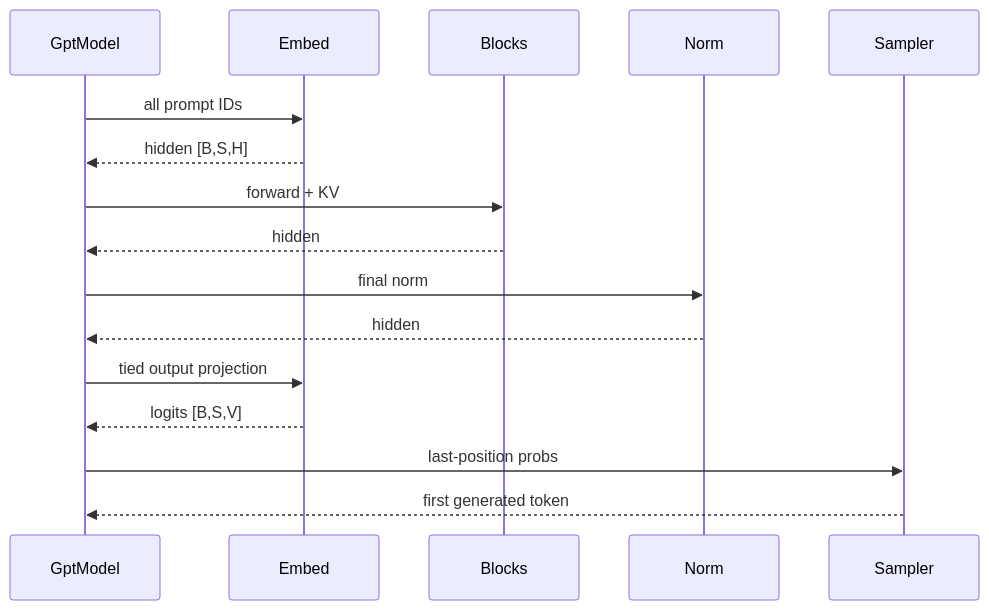
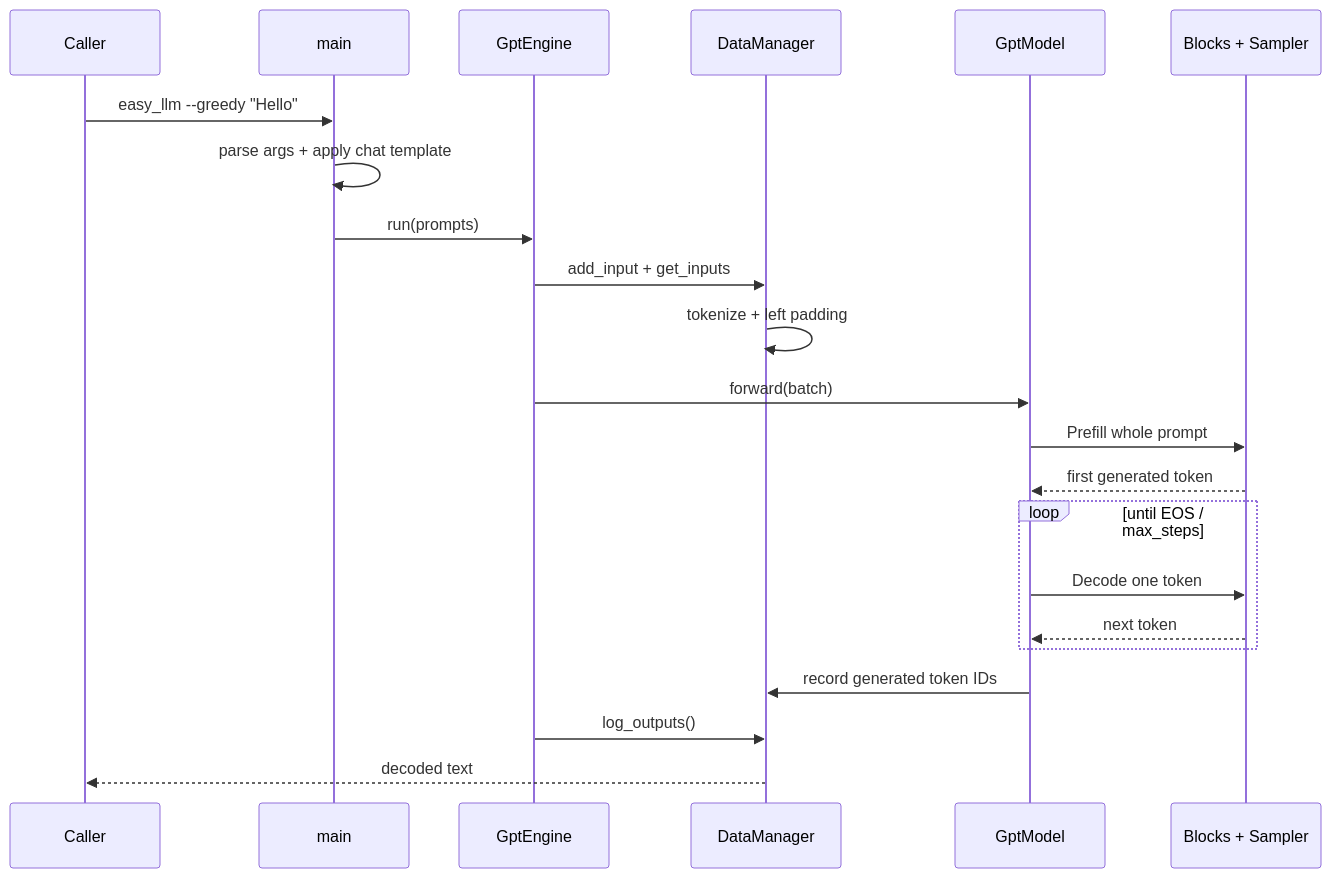
Before and after one commit to eagle-dai/easy_llm.cpp: the second of 9 diagrams in my/docs/easy_llm_guide.zh-CN.md, drawn with Mermaid. The commit also changed other lines of this file, not shown here.

Commit message:
docs: rewrite easy_llm tutorial with progressive learning path

````diff
--- a/my/docs/easy_llm_guide.zh-CN.md
+++ b/my/docs/easy_llm_guide.zh-CN.md
@@ -2182,19 +105,25 @@
 ```mermaid
 sequenceDiagram
+    participant U as Caller
+    participant M as main
+    participant E as GptEngine
+    participant D as DataManager
     participant G as GptModel
-    participant E as Embed
-    participant B as Blocks
-    participant N as Norm
-    participant S as Sampler
+    participant X as Blocks + Sampler
 
-    G->>E: all prompt IDs
-    E-->>G: hidden [B,S,H]
-    G->>B: forward + KV
-    B-->>G: hidden
-    G->>N: final norm
-    N-->>G: hidden
-    G->>E: tied output projection
-    E-->>G: logits [B,S,V]
-    G->>S: last-position probs
-    S-->>G: first generated token
+    U->>M: easy_llm --greedy "Hello"
+    M->>M: parse args + apply chat template
+    M->>E: run(prompts)
+    E->>D: add_input + get_inputs
+    D->>D: tokenize + left padding
+    E->>G: forward(batch)
+    G->>X: Prefill whole prompt
+    X-->>G: first generated token
+    loop until EOS / max_steps
+        G->>X: Decode one token
+        X-->>G: next token
+    end
+    G->>D: record generated token IDs
+    E->>D: log_outputs()
+    D-->>U: decoded text
 ```
````
